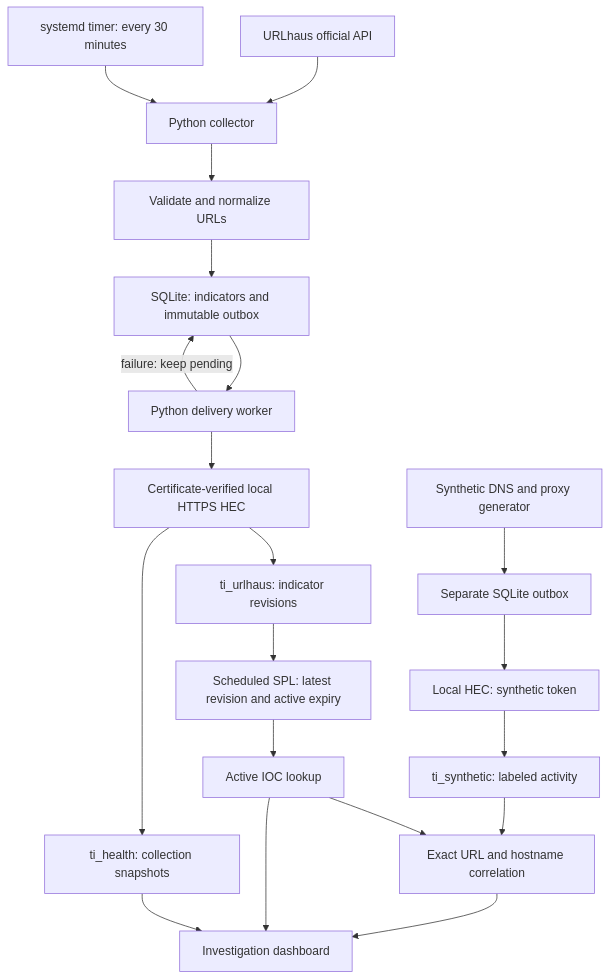
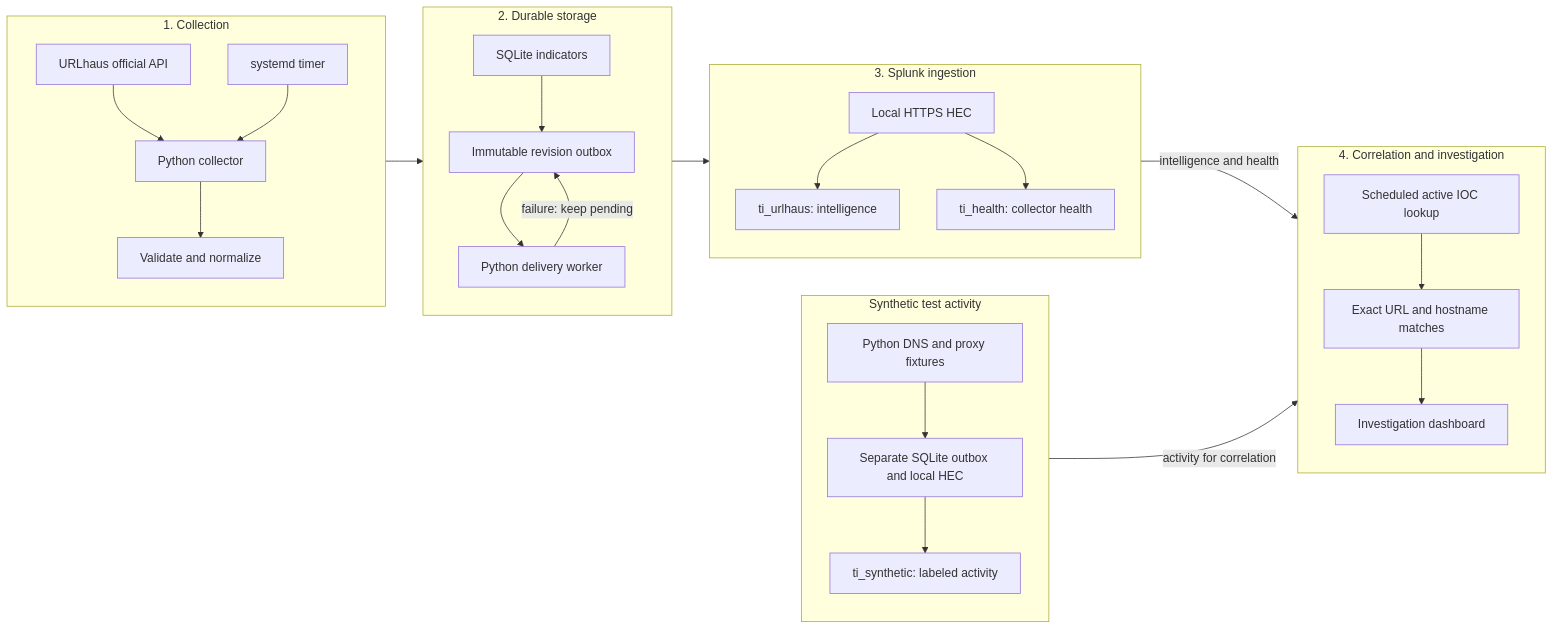
The diagram in README.md (MUSFIRA-ZAFAR/urlhaus-splunk-threat-intelligence), drawn with Mermaid before and after one commit.

Commit message:
Arrange architecture horizontally

````diff
--- a/README.md
+++ b/README.md
@@ -58,22 +58,39 @@
 ```mermaid
-flowchart TD
-    API["URLhaus official API"] --> COL["Python collector"]
-    TIMER["systemd timer: every 30 minutes"] --> COL
-    COL --> VAL["Validate and normalize URLs"]
-    VAL --> DB["SQLite: indicators and immutable outbox"]
-    DB --> SEND["Python delivery worker"]
-    SEND --> HEC["Certificate-verified local HTTPS HEC"]
-    SEND -->|"failure: keep pending"| DB
-    HEC --> TI["ti_urlhaus: indicator revisions"]
-    HEC --> HEALTH["ti_health: collection snapshots"]
-    TI --> REFRESH["Scheduled SPL: latest revision and active expiry"]
-    REFRESH --> LOOKUP["Active IOC lookup"]
-    GEN["Synthetic DNS and proxy generator"] --> SYNDB["Separate SQLite outbox"]
-    SYNDB --> SYNHEC["Local HEC: synthetic token"]
-    SYNHEC --> ACT["ti_synthetic: labeled activity"]
-    LOOKUP --> CORR["Exact URL and hostname correlation"]
-    ACT --> CORR
-    CORR --> DASH["Investigation dashboard"]
-    HEALTH --> DASH
-    LOOKUP --> DASH
+flowchart LR
+    subgraph COL["1. Collection"]
+        direction TB
+        API["URLhaus official API"] --> PY["Python collector"]
+        TIMER["systemd timer"] --> PY
+        PY --> VAL["Validate and normalize"]
+    end
+
+    subgraph STORE["2. Durable storage"]
+        direction TB
+        DB["SQLite indicators"] --> OUT["Immutable revision outbox"]
+        OUT --> SEND["Python delivery worker"]
+        SEND -->|"failure: keep pending"| OUT
+    end
+
+    subgraph SIEM["3. Splunk ingestion"]
+        direction TB
+        HEC["Local HTTPS HEC"] --> TI["ti_urlhaus: intelligence"]
+        HEC --> HEALTH["ti_health: collector health"]
+    end
+
+    subgraph INVEST["4. Correlation and investigation"]
+        direction TB
+        REFRESH["Scheduled active IOC lookup"] --> MATCH["Exact URL and hostname matches"]
+        MATCH --> DASH["Investigation dashboard"]
+    end
+
+    subgraph SYN["Synthetic test activity"]
+        direction TB
+        GEN["Python DNS and proxy fixtures"] --> SYNOUT["Separate SQLite outbox and local HEC"]
+        SYNOUT --> ACT["ti_synthetic: labeled activity"]
+    end
+
+    COL --> STORE
+    STORE --> SIEM
+    SIEM -->|"intelligence and health"| INVEST
+    SYN -->|"activity for correlation"| INVEST
 ```
````
